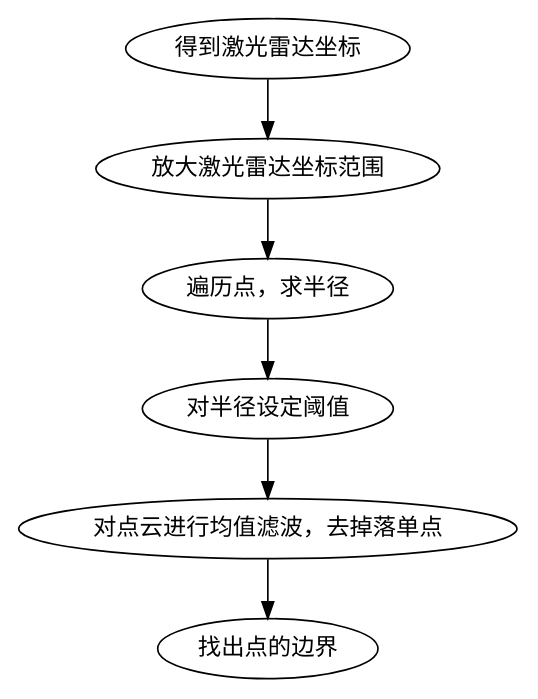
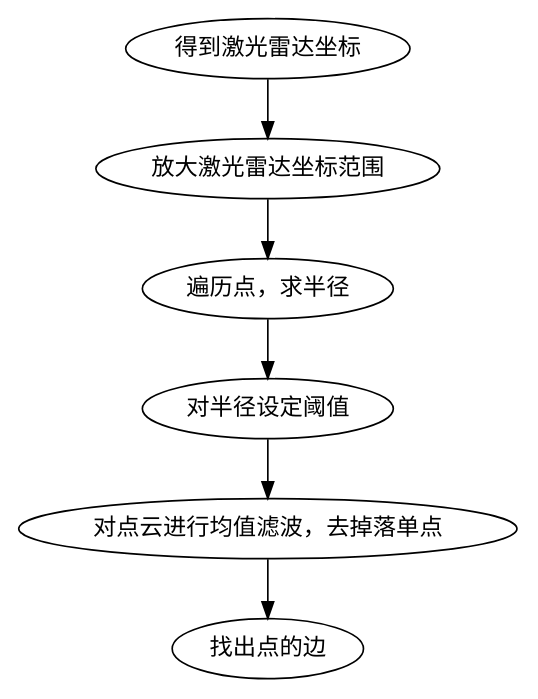
The second of 2 diagrams in 20190731/点云分析/分析思路.md (Gaozhiqiang20190613/learning_record), drawn with Graphviz before and after one commit. The commit also changed 17 other files, not shown here.

````diff
--- a/20190731/点云分析/分析思路.md
+++ b/20190731/点云分析/分析思路.md
@@ -23,10 +23,10 @@
 ```dot
 digraph{
   得到激光雷达坐标 -> 放大激光雷达坐标范围
   -> 遍历点，求半径
   -> 对半径设定阈值
   -> 对点云进行均值滤波，去掉落单点
-  -> 找出点的边界
+  -> 找出点的边
 }
 
 ```
````
